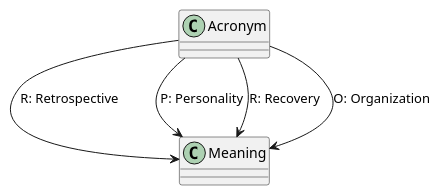
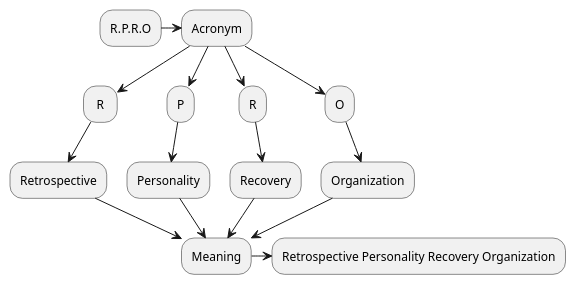
Before and after one commit to RPRO-Project/RPRO_entity_141217: the diagram in about_us.puml, drawn with PlantUML.

```diff
--- a/about_us.puml
+++ b/about_us.puml
@@ -1,10 +1,18 @@
 @startuml
 
-top to bottom direction
-
-Acronym --> Meaning: R: Retrospective
-Acronym --> Meaning: P: Personality
-Acronym --> Meaning: R: Recovery
-Acronym --> Meaning: O: Organization
+R.P.R.O -r-> Acronym
+Acronym -d-> " R "
+Acronym -d-> P
+Acronym -d-> R
+Acronym -d-> O
+" R " --> Retrospective
+P --> Personality
+R --> Recovery
+O --> Organization
+Retrospective -d-> Meaning
+Personality -d-> Meaning
+Recovery -d-> Meaning
+Organization -d-> Meaning
+Meaning -r-> Retrospective Personality Recovery Organization
 
 @enduml
```
